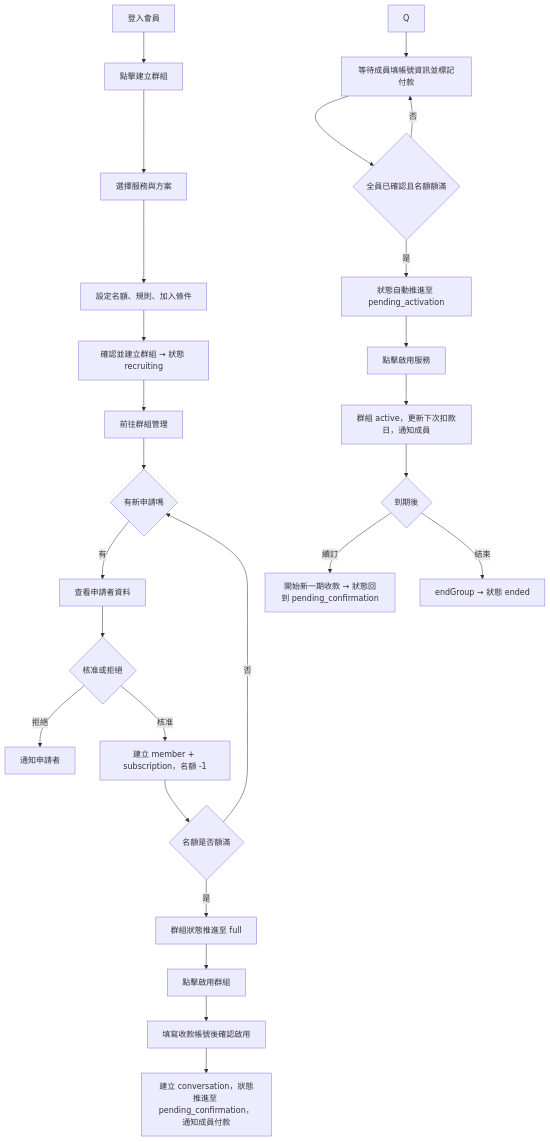
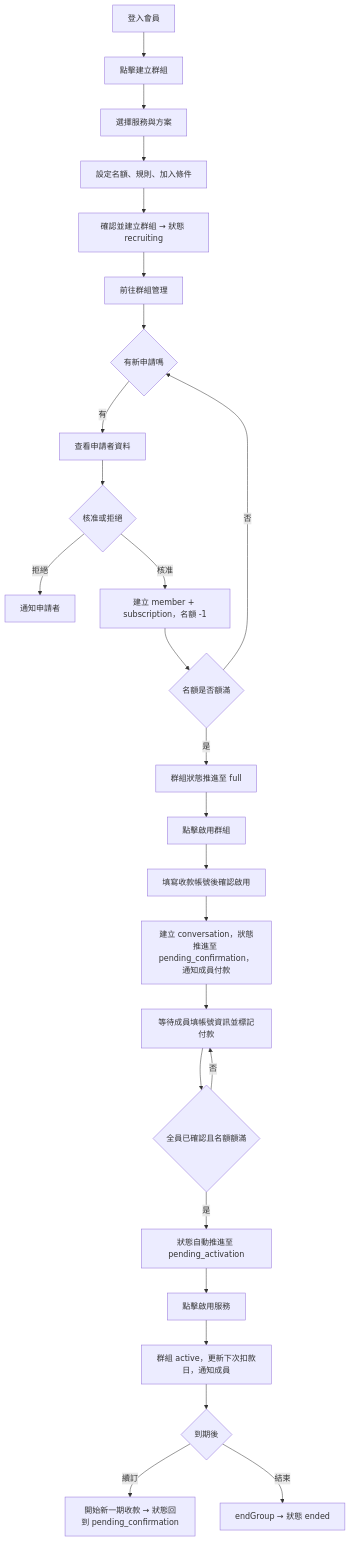
Before and after one commit to s1092055/PartyMatch: the fourth of 6 diagrams in docs/user-flows.md, drawn with Mermaid. The commit also changed other lines of this file, not shown here.

Commit message:
docs: 修正流程圖 3 斷鏈語法錯誤及「開啟群組聊天室」殘留文字
- 補上 P --> Q 連接，修正 Q 節點無來源的 mermaid 語法錯誤
- 流程圖 2 操作說明、流程圖 5 操作說明統一改為「啟用群組」

````diff
--- a/docs/user-flows.md
+++ b/docs/user-flows.md
@@ -100,28 +100,28 @@
 ```mermaid
 flowchart TD
   A[登入會員] --> B[點擊建立群組]
   B --> C[選擇服務與方案]
   C --> D[設定名額、規則、加入條件]
   D --> E[確認並建立群組 → 狀態 recruiting]
   E --> F[前往群組管理]
   F --> G{有新申請嗎}
   G -->|有| H[查看申請者資料]
   H --> I{核准或拒絕}
   I -->|拒絕| J[通知申請者]
   I -->|核准| K[建立 member + subscription，名額 -1]
   K --> L{名額是否額滿}
   L -->|否| G
   L -->|是| M[群組狀態推進至 full]
   M --> N[點擊啟用群組]
   N --> O[填寫收款帳號後確認啟用]
   O --> P[建立 conversation，狀態推進至 pending_confirmation，通知成員付款]
-  Q --> R[等待成員填帳號資訊並標記付款]
-  R --> S{全員已確認且名額額滿}
-  S -->|否| R
-  S -->|是| T[狀態自動推進至 pending_activation]
-  T --> U[點擊啟用服務]
-  U --> V[群組 active，更新下次扣款日，通知成員]
-  V --> W{到期後}
-  W -->|續訂| X[開始新一期收款 → 狀態回到 pending_confirmation]
-  W -->|結束| Y[endGroup → 狀態 ended]
+  P --> Q[等待成員填帳號資訊並標記付款]
+  Q --> R{全員已確認且名額額滿}
+  R -->|否| Q
+  R -->|是| S[狀態自動推進至 pending_activation]
+  S --> T[點擊啟用服務]
+  T --> U[群組 active，更新下次扣款日，通知成員]
+  U --> V{到期後}
+  V -->|續訂| W[開始新一期收款 → 狀態回到 pending_confirmation]
+  V -->|結束| X[endGroup → 狀態 ended]
 ```
````
